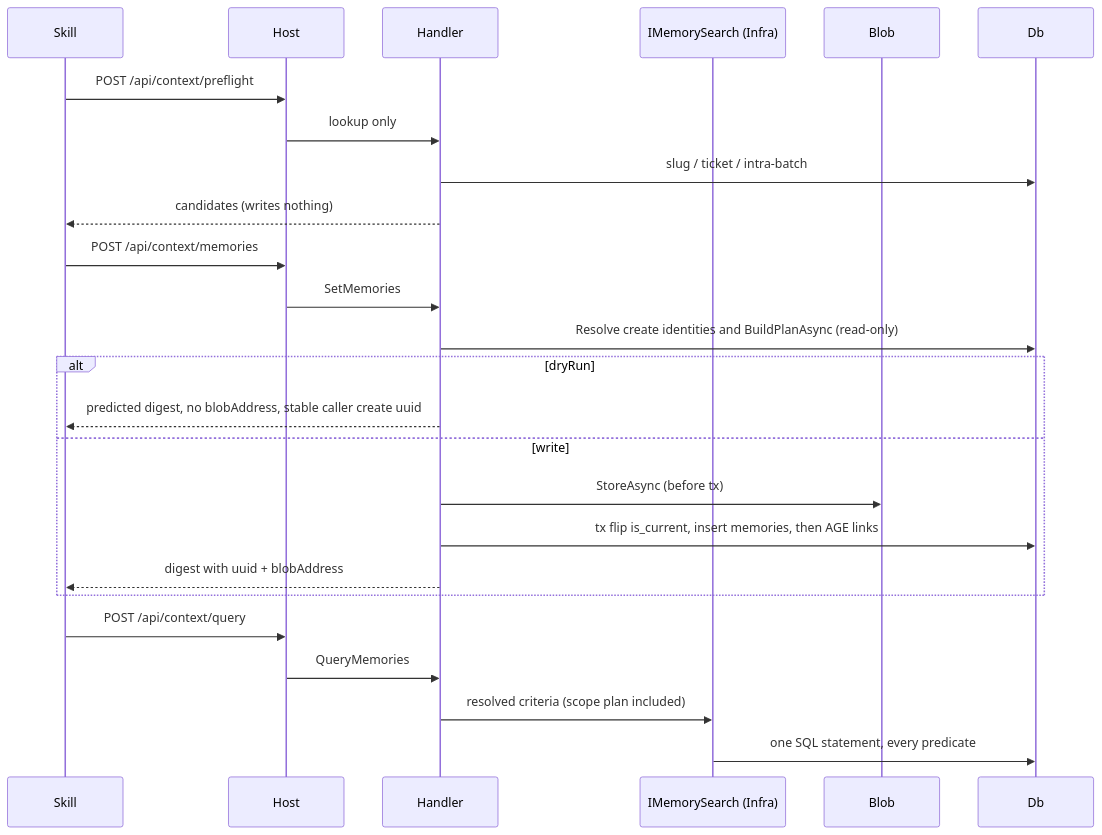
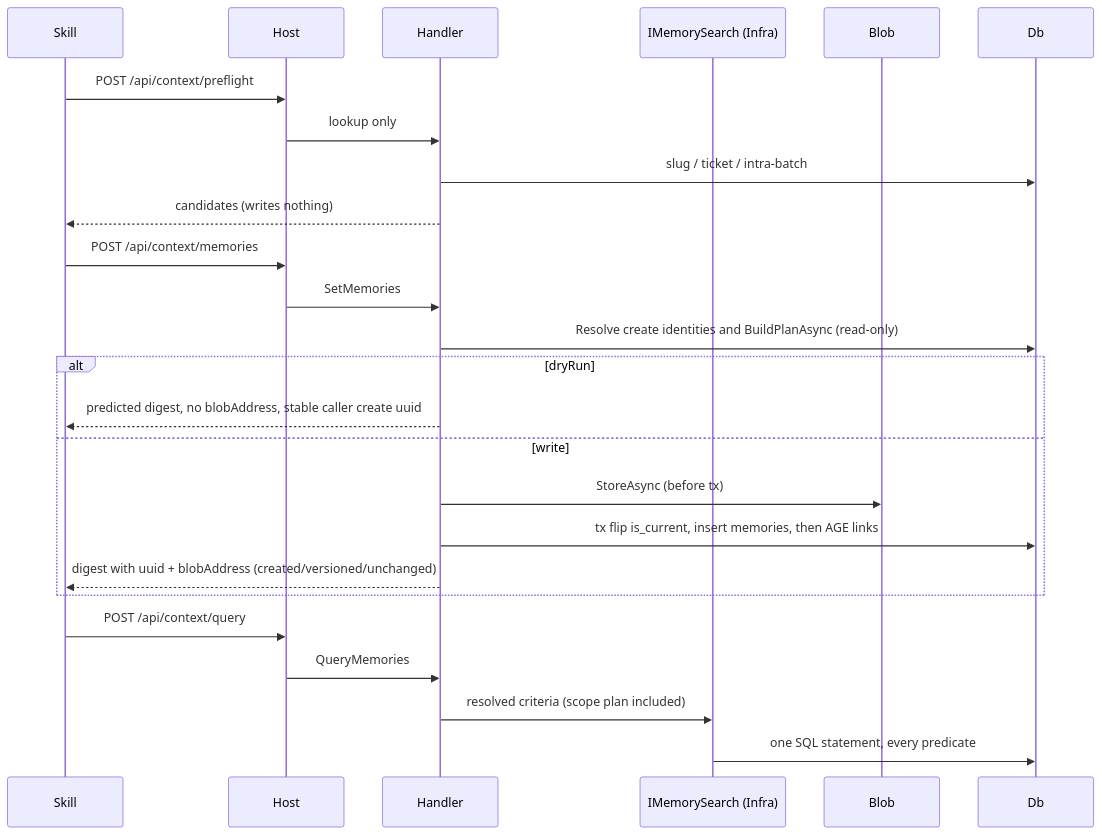
The diagram in src/SmoothAiProductContextMemory.Application/Features/FEATURES_AGENTS.md (generic-automation-and-it/smooth-ai-product-context-memory), drawn with Mermaid before and after one commit. The commit also changed other lines of this file and 53 other files, not shown here.

````diff
--- a/src/SmoothAiProductContextMemory.Application/Features/FEATURES_AGENTS.md
+++ b/src/SmoothAiProductContextMemory.Application/Features/FEATURES_AGENTS.md
@@ -60,28 +60,28 @@
 ```mermaid
 sequenceDiagram
     participant Skill
     participant Host
     participant Handler
     participant Search as IMemorySearch (Infra)
     participant Blob
     participant Db
 
     Skill->>Host: POST /api/context/preflight
     Host->>Handler: lookup only
     Handler->>Db: slug / ticket / intra-batch
     Handler-->>Skill: candidates (writes nothing)
     Skill->>Host: POST /api/context/memories
     Host->>Handler: SetMemories
     Handler->>Db: Resolve create identities and BuildPlanAsync (read-only)
     alt dryRun
         Handler-->>Skill: predicted digest, no blobAddress, stable caller create uuid
     else write
         Handler->>Blob: StoreAsync (before tx)
         Handler->>Db: tx flip is_current, insert memories, then AGE links
-        Handler-->>Skill: digest with uuid + blobAddress
+        Handler-->>Skill: digest with uuid + blobAddress (created/versioned/unchanged)
     end
     Skill->>Host: POST /api/context/query
     Host->>Handler: QueryMemories
     Handler->>Search: resolved criteria (scope plan included)
     Search->>Db: one SQL statement, every predicate
 ```
````
